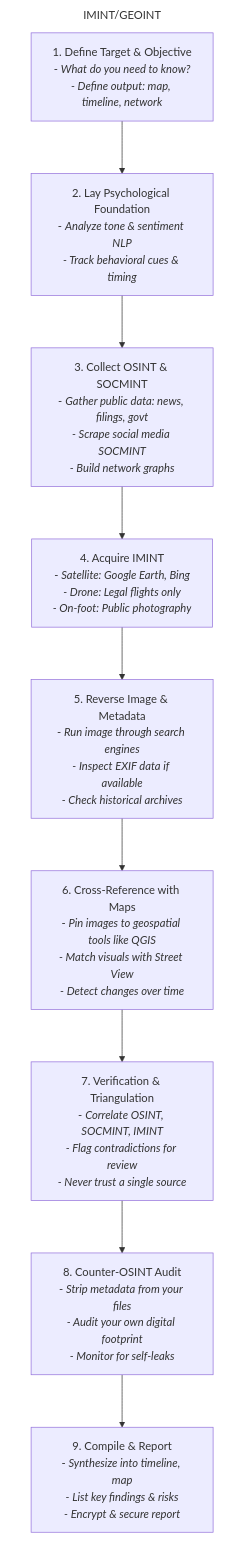
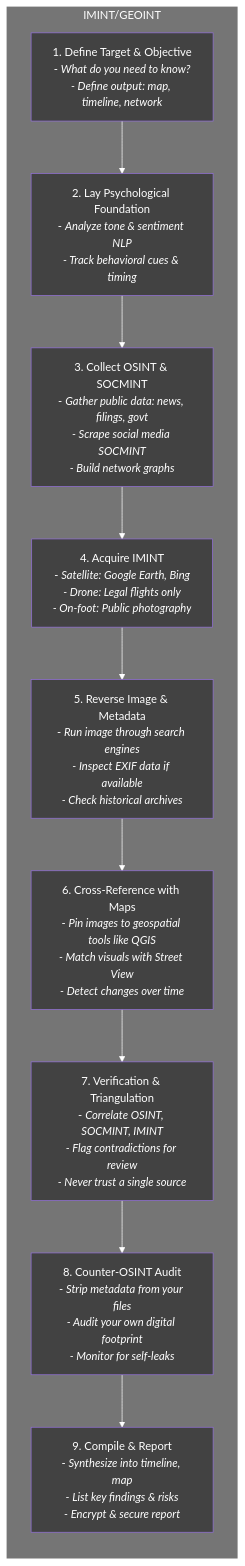
The diagram in markdown/mermaid-data/Recon.md (airborne-commando/OPSEC-OSINT-Tools), drawn with Mermaid before and after one commit. The commit also changed 11 other files, not shown here.

````diff
--- a/markdown/mermaid-data/Recon.md
+++ b/markdown/mermaid-data/Recon.md
@@ -2,23 +2,41 @@
 ```mermaid
 flowchart LR
  subgraph subGraph0["IMINT/GEOINT"]
         A["1. Define Target &amp; Objective<br>- <i>What do you need to know?<br>- Define output: map, timeline, network</i>"]
         B["2. Lay Psychological Foundation<br>- <i>Analyze tone &amp; sentiment NLP<br>- Track behavioral cues &amp; timing</i>"]
         C["3. Collect OSINT &amp; SOCMINT<br>- <i>Gather public data: news, filings, govt<br>- Scrape social media SOCMINT<br>- Build network graphs</i>"]
         D["4. Acquire IMINT<br>- <i>Satellite: Google Earth, Bing<br>- Drone: Legal flights only<br>- On-foot: Public photography</i>"]
         E["5. Reverse Image &amp; Metadata<br>- <i>Run image through search engines<br>- Inspect EXIF data if available<br>- Check historical archives</i>"]
         F["6. Cross-Reference with Maps<br>- <i>Pin images to geospatial tools like QGIS<br>- Match visuals with Street View<br>- Detect changes over time</i>"]
         G["7. Verification &amp; Triangulation<br>- <i>Correlate OSINT, SOCMINT, IMINT<br>- Flag contradictions for review<br>- Never trust a single source</i>"]
         H["8. Counter-OSINT Audit<br>- <i>Strip metadata from your files<br>- Audit your own digital footprint<br>- Monitor for self-leaks</i>"]
         I["9. Compile &amp; Report<br>- <i>Synthesize into timeline, map<br>- List key findings &amp; risks<br>- Encrypt &amp; secure report</i>"]
   end
     A --> B
     B --> C
     C --> D
     D --> E
     E --> F
     F --> G
     G --> H
     H --> I
-    style subGraph0 fill:transparent,stroke:none
+
+    style A color:#FFFFFF,fill:#424242
+    style B color:#FFFFFF,fill:#424242
+    style C fill:#424242,color:#FFFFFF
+    style D fill:#424242,color:#FFFFFF
+    style E color:#FFFFFF,fill:#424242
+    style F color:#FFFFFF,fill:#424242
+    style G fill:#424242,color:#FFFFFF
+    style H color:#FFFFFF,fill:#424242
+    style I color:#FFFFFF,fill:#424242
+    style subGraph0 fill:#757575,stroke:none,color:#FFFFFF
+    linkStyle 0 stroke:#FFFFFF,fill:none
+    linkStyle 1 stroke:#FFFFFF,fill:none
+    linkStyle 2 stroke:#FFFFFF,fill:none
+    linkStyle 3 stroke:#FFFFFF,fill:none
+    linkStyle 4 stroke:#FFFFFF,fill:none
+    linkStyle 5 stroke:#FFFFFF,fill:none
+    linkStyle 6 stroke:#FFFFFF,fill:none
+    linkStyle 7 stroke:#FFFFFF,fill:none
 ```
````
